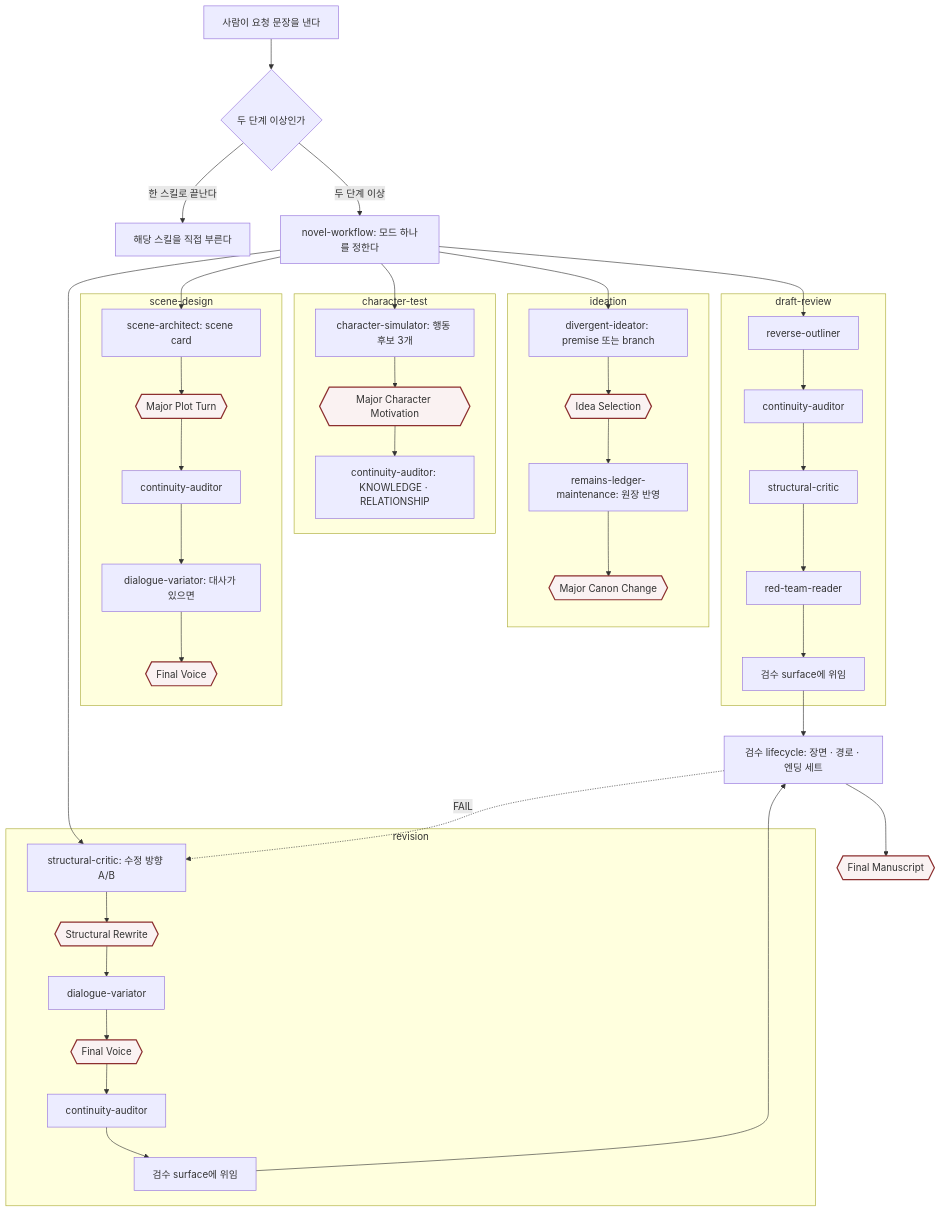
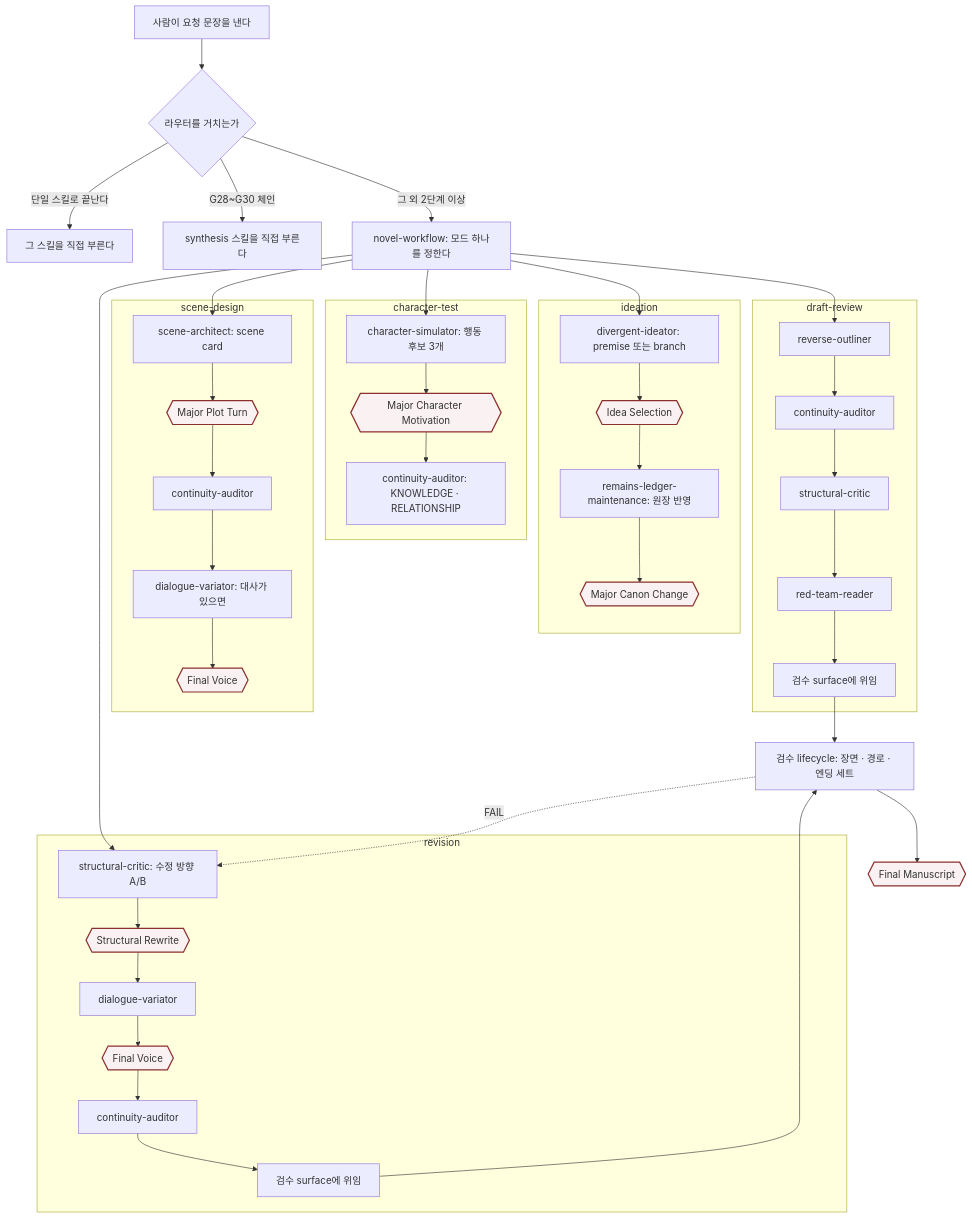
The first of 2 diagrams in docs/learn/README.md (splkm97/text-based-game), drawn with Mermaid before and after one commit. The commit also changed other lines of this file, not shown here.

````diff
--- a/docs/learn/README.md
+++ b/docs/learn/README.md
@@ -18,44 +23,45 @@
 ```mermaid
 flowchart TD
-  H["사람이 요청 문장을 낸다"] --> Q{"두 단계 이상인가"}
-  Q -->|"한 스킬로 끝난다"| DIRECT["해당 스킬을 직접 부른다"]
-  Q -->|"두 단계 이상"| R["novel-workflow: 모드 하나를 정한다"]
+  H["사람이 요청 문장을 낸다"] --> Q{"라우터를 거치는가"}
+  Q -->|"단일 스킬로 끝난다"| DIRECT["그 스킬을 직접 부른다"]
+  Q -->|"G28~G30 체인"| SYNCHAIN["synthesis 스킬을 직접 부른다"]
+  Q -->|"그 외 2단계 이상"| R["novel-workflow: 모드 하나를 정한다"]
 
   R --> A1
   subgraph SGA["ideation"]
     A1["divergent-ideator: premise 또는 branch"] --> GA{{"Idea Selection"}}
     GA --> A2["remains-ledger-maintenance: 원장 반영"] --> GB{{"Major Canon Change"}}
   end
 
   R --> B1
   subgraph SGB["character-test"]
     B1["character-simulator: 행동 후보 3개"] --> GC{{"Major Character Motivation"}}
     GC --> B2["continuity-auditor: KNOWLEDGE · RELATIONSHIP"]
   end
 
   R --> C1
   subgraph SGC["scene-design"]
     C1["scene-architect: scene card"] --> GD{{"Major Plot Turn"}}
     GD --> C2["continuity-auditor"] --> C3["dialogue-variator: 대사가 있으면"] --> GE{{"Final Voice"}}
   end
 
   R --> D1
   subgraph SGD["draft-review"]
     D1["reverse-outliner"] --> D2["continuity-auditor"] --> D3["structural-critic"] --> D4["red-team-reader"] --> D5["검수 surface에 위임"]
   end
 
   R --> E1
   subgraph SGE["revision"]
     E1["structural-critic: 수정 방향 A/B"] --> GF{{"Structural Rewrite"}}
     GF --> E2["dialogue-variator"] --> GG{{"Final Voice"}}
     GG --> E3["continuity-auditor"] --> E4["검수 surface에 위임"]
   end
 
   D5 --> REVIEW["검수 lifecycle: 장면 · 경로 · 엔딩 세트"]
   E4 --> REVIEW
   REVIEW --> FM{{"Final Manuscript"}}
   REVIEW -.->|FAIL| E1
 
   classDef gate fill:#faf2f2,stroke:#8c2f2f,stroke-width:2px
   class GA,GB,GC,GD,GE,GF,GG,FM gate
 ```
````
